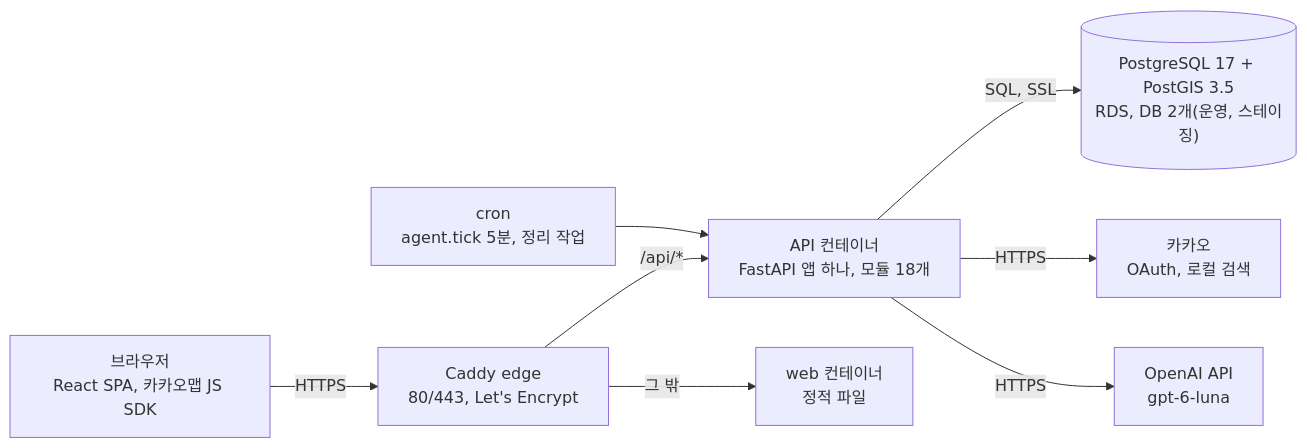
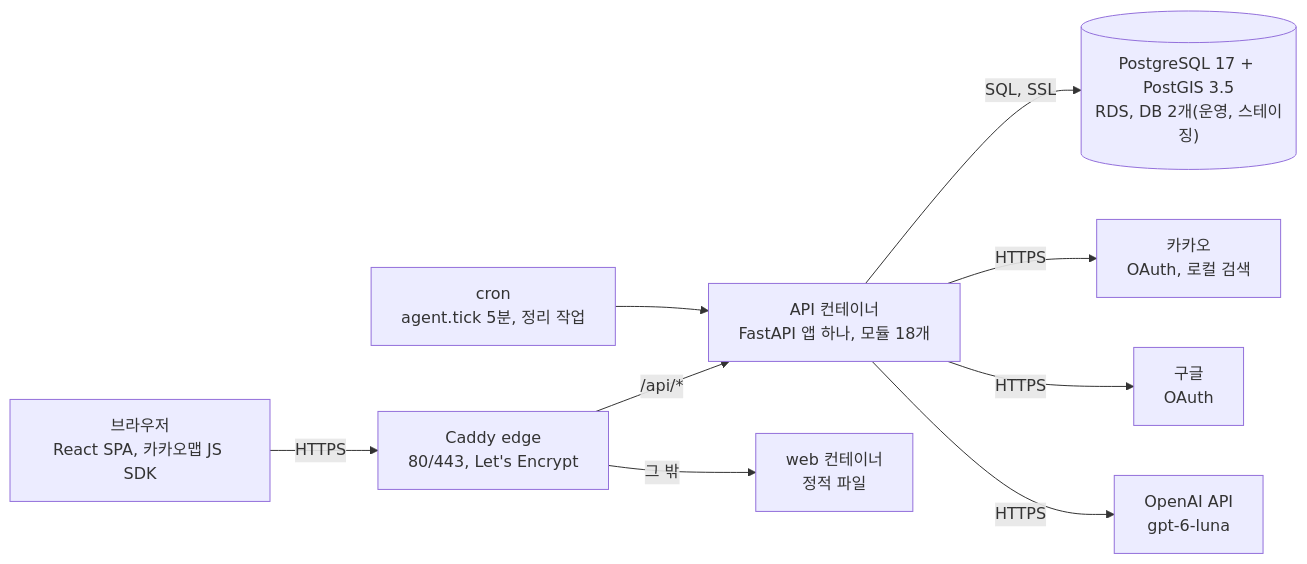
Before and after one commit to kakaotechcampus-4/ktc4-chungnam-2: the first of 5 diagrams in 최종기술문서.md, drawn with Mermaid. The commit also changed other lines of this file and 10 other files, not shown here.

````diff
--- a/최종기술문서.md
+++ b/최종기술문서.md
@@ -39,10 +41,11 @@
 ```mermaid
 flowchart LR
   B["브라우저<br/>React SPA, 카카오맵 JS SDK"] -->|HTTPS| E["Caddy edge<br/>80/443, Let's Encrypt"]
   E -->|"/api/*"| A["API 컨테이너<br/>FastAPI 앱 하나, 모듈 18개"]
   E -->|그 밖| W["web 컨테이너<br/>정적 파일"]
   A -->|SQL, SSL| D[("PostgreSQL 17 + PostGIS 3.5<br/>RDS, DB 2개(운영, 스테이징)")]
   A -->|HTTPS| K["카카오<br/>OAuth, 로컬 검색"]
+  A -->|HTTPS| G["구글<br/>OAuth"]
   A -->|HTTPS| O["OpenAI API<br/>gpt-6-luna"]
   C["cron<br/>agent.tick 5분, 정리 작업"] --> A
 ```
````
